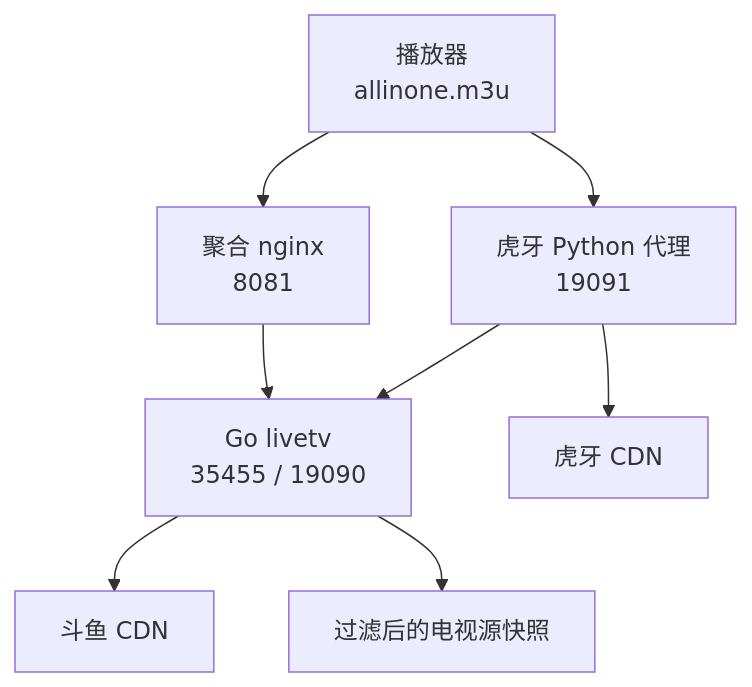
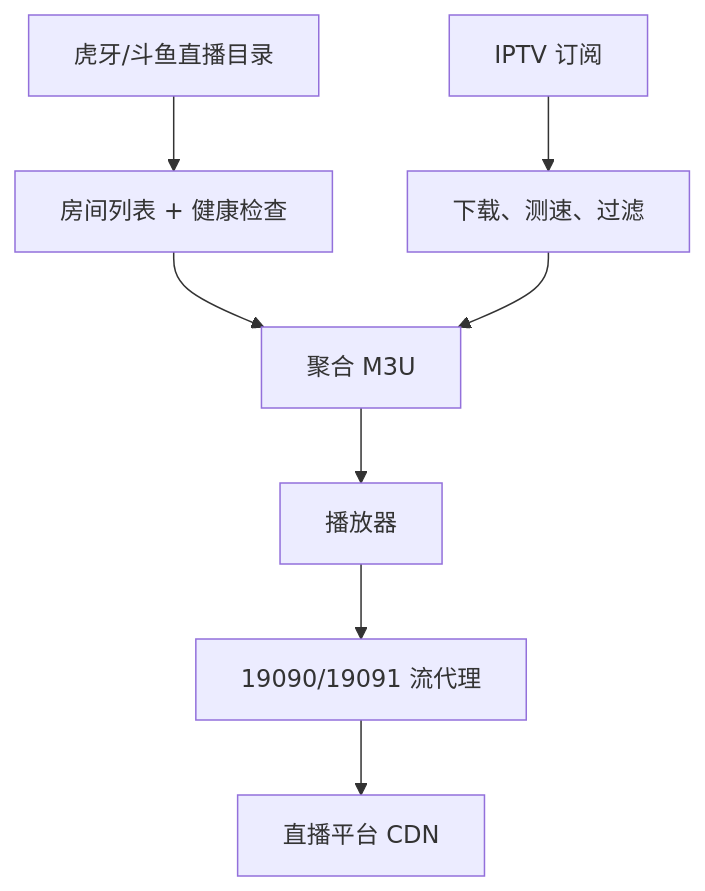
One commit to minshurui/livetv-server changed the first of 2 diagrams in docs/architecture.md. Above: the diagram before and after it, drawn with Mermaid. The commit also changed other lines of this file and 6 other files, not shown here.

````diff
--- a/docs/architecture.md
+++ b/docs/architecture.md
@@ -7,10 +32,10 @@
 ```mermaid
 flowchart TD
-    A["播放器\nallinone.m3u"] --> B["聚合 nginx\n8081"]
-    B --> C["Go livetv\n35455 / 19090"]
-    C --> D["斗鱼 CDN"]
-    A --> E["虎牙 Python 代理\n19091"]
-    E --> C
-    E --> F["虎牙 CDN"]
-    C --> G["过滤后的电视源快照"]
+    A["虎牙/斗鱼直播目录"] --> B["房间列表 + 健康检查"]
+    C["IPTV 订阅"] --> D["下载、测速、过滤"]
+    B --> E["聚合 M3U"]
+    D --> E
+    E --> F["播放器"]
+    F --> G["19090/19091 流代理"]
+    G --> H["直播平台 CDN"]
 ```
````
